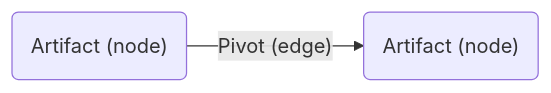
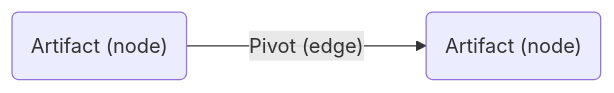
The first of 2 diagrams in docs/artifacts/index.md (korniko98/pivot-atlas), drawn with Mermaid before and after one commit. The commit also changed other lines of this file and 8 other files, not shown here.

````diff
--- a/docs/artifacts/index.md
+++ b/docs/artifacts/index.md
@@ -17,4 +17,4 @@
 ```mermaid
 flowchart LR
-	ARTIFACT("Artifact (node)") -- Pivot (edge) --> ARTIFACT_("Artifact (node)")
+	ARTIFACT("Artifact (node)") -- Pivot (edge) ---> ARTIFACT_("Artifact (node)")
 ```
````
